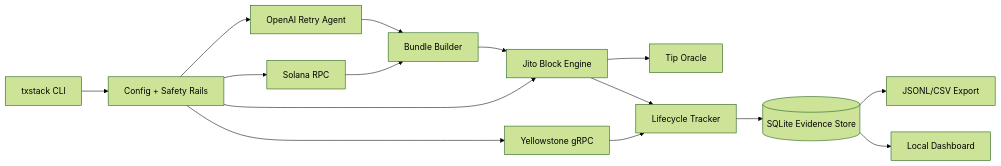
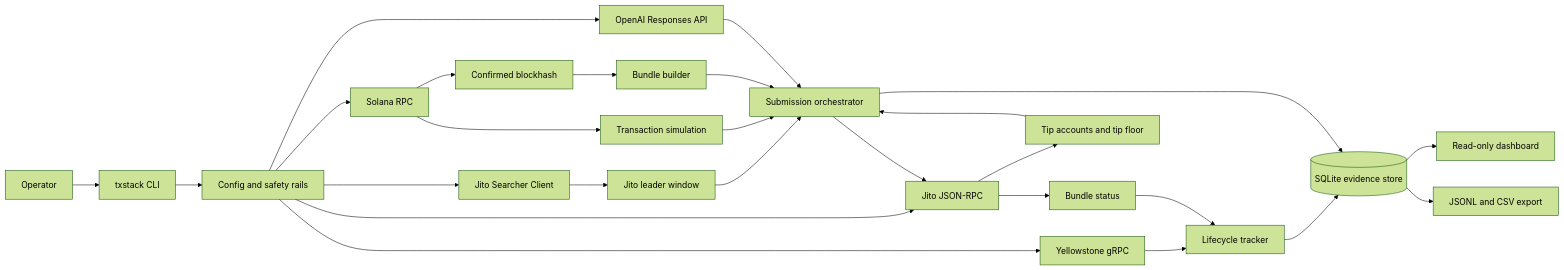
The first of 9 diagrams in docs/architecture.md (amdonatusprince/smart-transaction-stack), drawn with Mermaid (forest theme) before and after one commit. The commit also changed other lines of this file and 2 other files, not shown here.

Commit message:
Expand architecture documentation

````diff
--- a/docs/architecture.md
+++ b/docs/architecture.md
@@ -16,17 +49,32 @@
 ```mermaid
 flowchart LR
-  CLI[txstack CLI] --> Config[Config + Safety Rails]
+  Operator[Operator] --> CLI[txstack CLI]
+  CLI --> Config[Config and safety rails]
   Config --> RPC[Solana RPC]
-  Config --> YS[Yellowstone gRPC]
-  Config --> Jito[Jito Block Engine]
-  Config --> AI[OpenAI Retry Agent]
-  RPC --> Builder[Bundle Builder]
-  Jito --> Tips[Tip Oracle]
-  YS --> Lifecycle[Lifecycle Tracker]
-  Builder --> Jito
-  Jito --> Lifecycle
-  Lifecycle --> SQLite[(SQLite Evidence Store)]
-  AI --> Builder
-  SQLite --> Export[JSONL/CSV Export]
-  SQLite --> Dashboard[Local Dashboard]
+  Config --> Yellowstone[Yellowstone gRPC]
+  Config --> JitoHTTP[Jito JSON-RPC]
+  Config --> JitoGRPC[Jito Searcher Client]
+  Config --> OpenAI[OpenAI Responses API]
+
+  JitoGRPC --> Leader[Jito leader window]
+  JitoHTTP --> Tips[Tip accounts and tip floor]
+  RPC --> Blockhash[Confirmed blockhash]
+  RPC --> Simulation[Transaction simulation]
+
+  Leader --> Orchestrator[Submission orchestrator]
+  Tips --> Orchestrator
+  Blockhash --> Builder[Bundle builder]
+  Simulation --> Orchestrator
+  Builder --> Orchestrator
+  Orchestrator --> JitoHTTP
+  JitoHTTP --> BundleStatus[Bundle status]
+
+  Yellowstone --> Lifecycle[Lifecycle tracker]
+  BundleStatus --> Lifecycle
+  Lifecycle --> Store[(SQLite evidence store)]
+  Orchestrator --> Store
+  OpenAI --> Orchestrator
+
+  Store --> Dashboard[Read-only dashboard]
+  Store --> Export[JSONL and CSV export]
 ```
````
